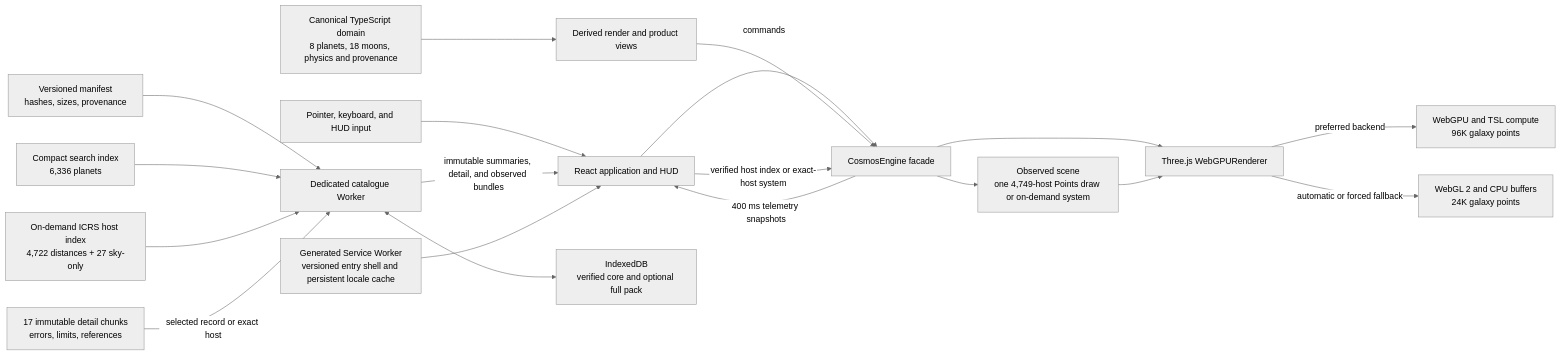
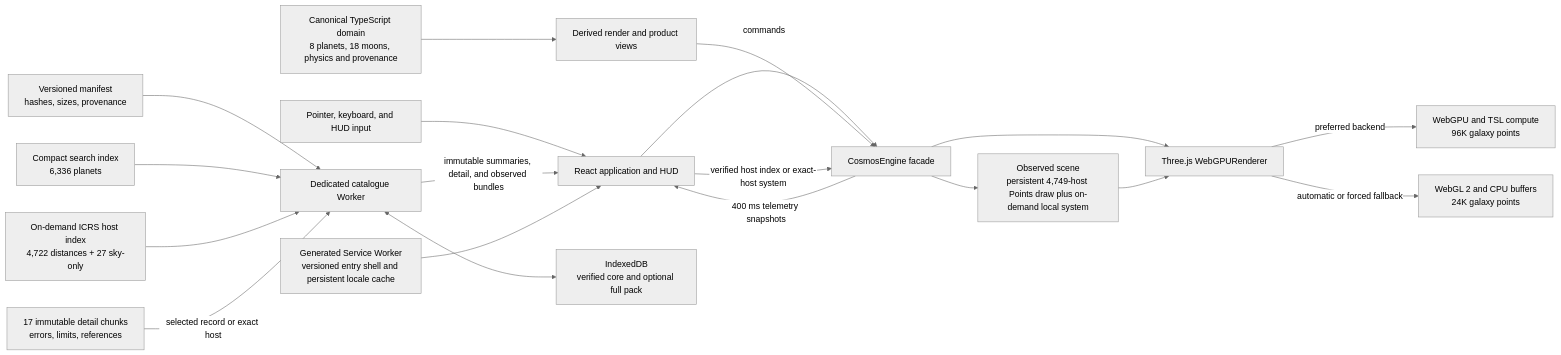
One commit to tianrking/SpaceEngine-Web changed the diagram in README.md. Above: the diagram before and after it, drawn with Mermaid (neutral theme). The commit also changed other lines of this file and 16 other files, not shown here.

````diff
--- a/README.md
+++ b/README.md
@@ -240,21 +240,21 @@
 ```mermaid
 flowchart LR
   User["Pointer, keyboard, and HUD input"] --> UI["React application and HUD"]
   UI -->|commands| Engine["CosmosEngine facade"]
   Engine -->|400 ms telemetry snapshots| UI
   Domain["Canonical TypeScript domain<br/>8 planets, 18 moons, physics and provenance"] --> Catalog["Derived render and product views"]
   Catalog --> Engine
   Manifest["Versioned manifest<br/>hashes, sizes, provenance"] --> Worker["Dedicated catalogue Worker"]
   Index["Compact search index<br/>6,336 planets"] --> Worker
   HostSky["On-demand ICRS host index<br/>4,722 distances + 27 sky-only"] --> Worker
   Detail["17 immutable detail chunks<br/>errors, limits, references"] -->|selected record or exact host| Worker
   Worker <--> IDB["IndexedDB<br/>verified core and optional full pack"]
   Worker -->|immutable summaries, detail, and observed bundles| UI
   UI -->|verified host index or exact-host system| Engine
   SW["Generated Service Worker<br/>versioned entry shell and persistent locale cache"] --> UI
   Engine --> Renderer["Three.js WebGPURenderer"]
-  Engine --> Observed["Observed scene<br/>one 4,749-host Points draw or on-demand system"]
+  Engine --> Observed["Observed scene<br/>persistent 4,749-host Points draw plus on-demand local system"]
   Observed --> Renderer
   Renderer -->|preferred backend| GPU["WebGPU and TSL compute<br/>96K galaxy points"]
   Renderer -->|automatic or forced fallback| GL["WebGL 2 and CPU buffers<br/>24K galaxy points"]
 ```
````
